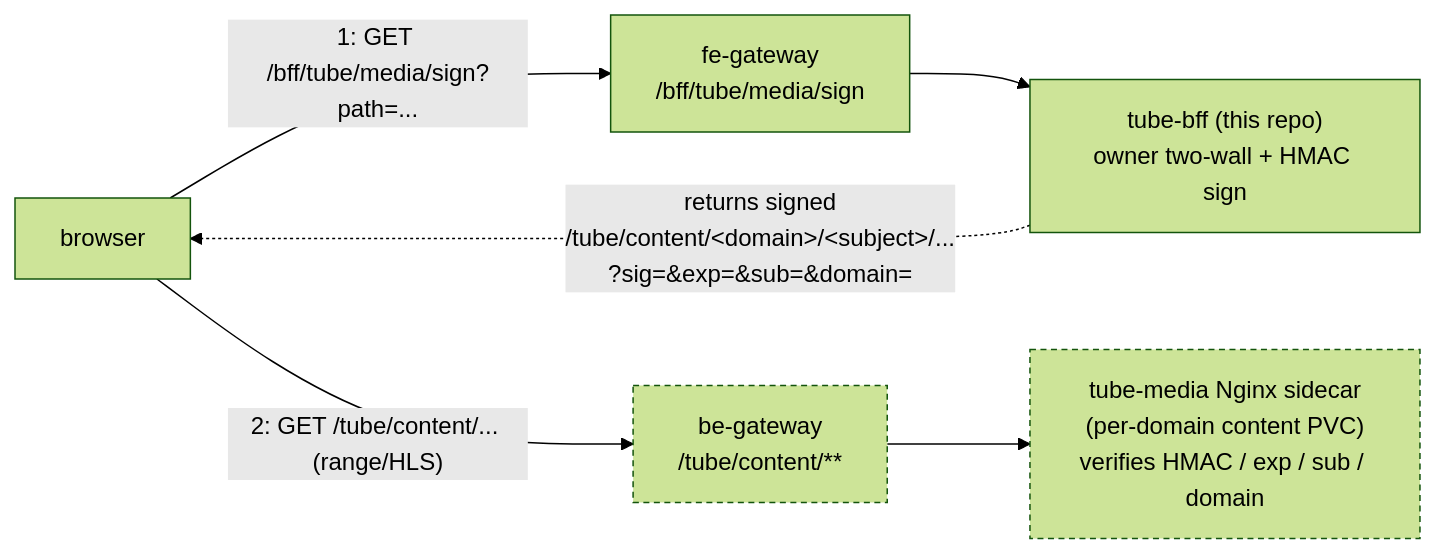
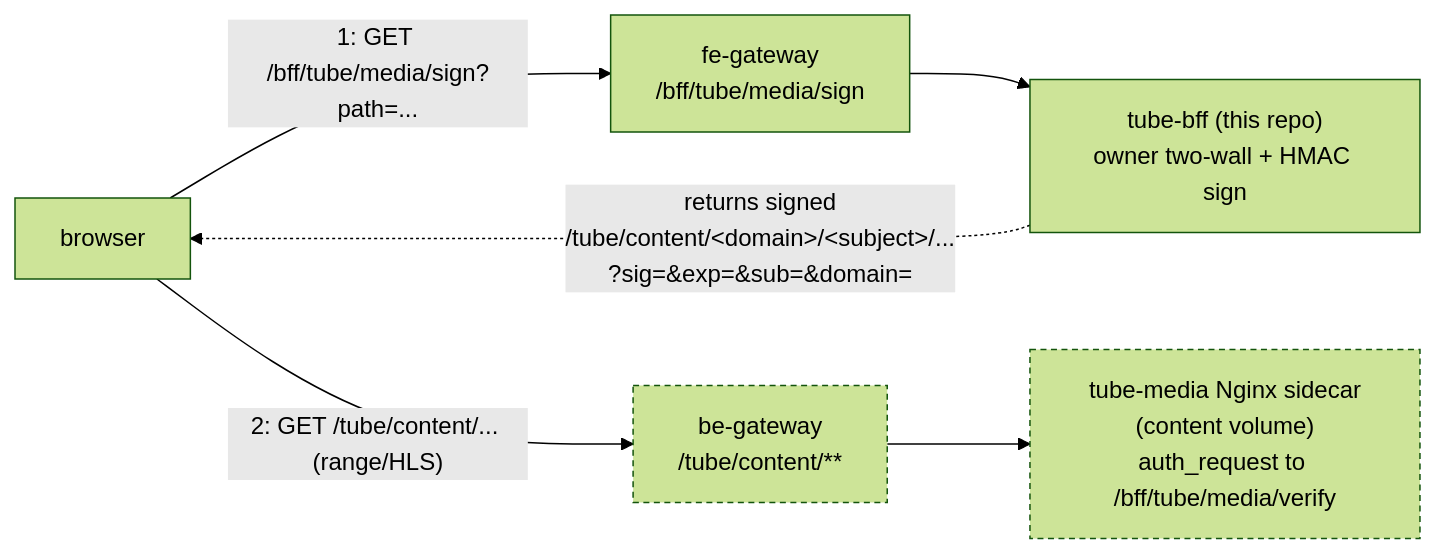
The second of 3 diagrams in content/reference/tube-bff.md (hugmesh/hugmesh.github.io), drawn with Mermaid (forest theme) before and after one commit. The commit also changed other lines of this file and 166 other files, not shown here.

````diff
--- a/content/reference/tube-bff.md
+++ b/content/reference/tube-bff.md
@@ -113,15 +127,15 @@
 ```mermaid
 flowchart LR
     browser["browser"]
     fe["fe-gateway<br/>/bff/tube/media/sign"]
     bff["tube-bff (this repo)<br/>owner two-wall + HMAC sign"]
     be["be-gateway<br/>/tube/content/**"]
-    sidecar["tube-media Nginx sidecar<br/>(per-domain content PVC)<br/>verifies HMAC / exp / sub / domain"]
+    sidecar["tube-media Nginx sidecar<br/>(content volume)<br/>auth_request to /bff/tube/media/verify"]
 
     browser -->|"1: GET /bff/tube/media/sign?path=..."| fe --> bff
     bff -.->|"returns signed<br/>/tube/content/&lt;domain&gt;/&lt;subject&gt;/...<br/>?sig=&amp;exp=&amp;sub=&amp;domain="| browser
     browser -->|"2: GET /tube/content/... (range/HLS)"| be --> sidecar
 
-    classDef planned stroke-dasharray:4 3
-    class be,sidecar planned
+    classDef external stroke-dasharray:4 3
+    class be,sidecar external
 ```
````
